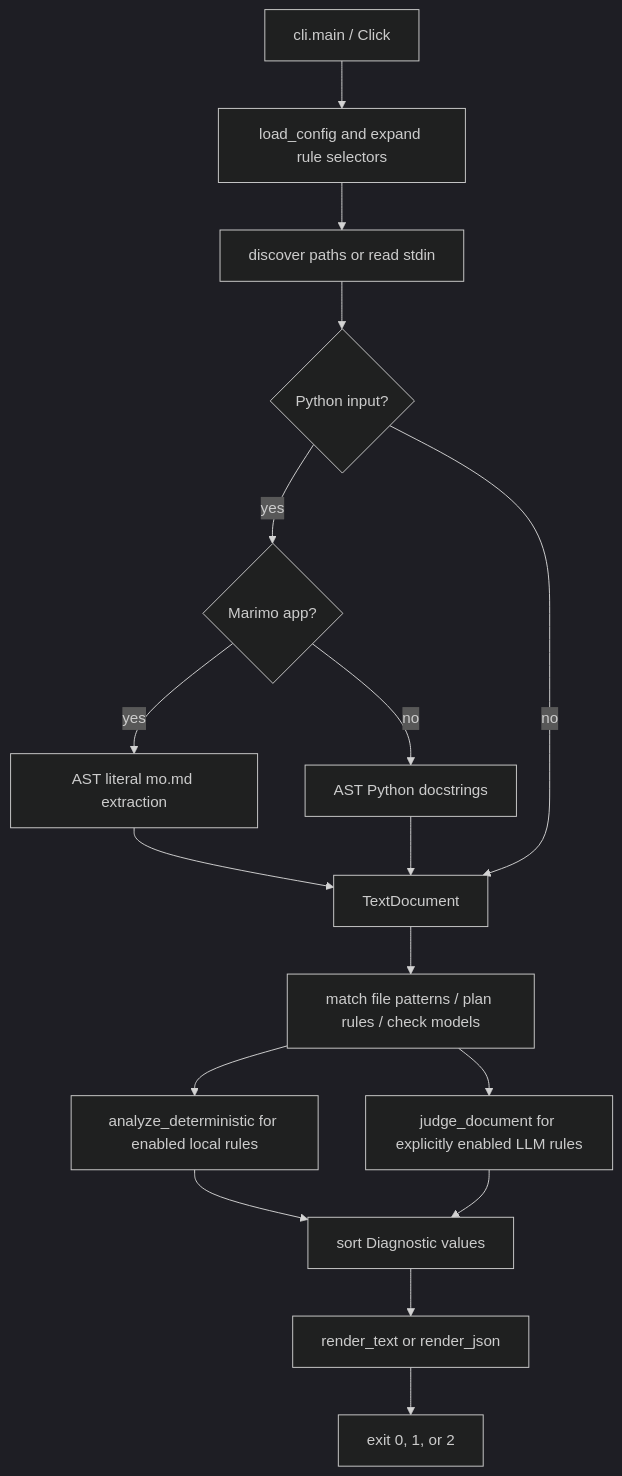
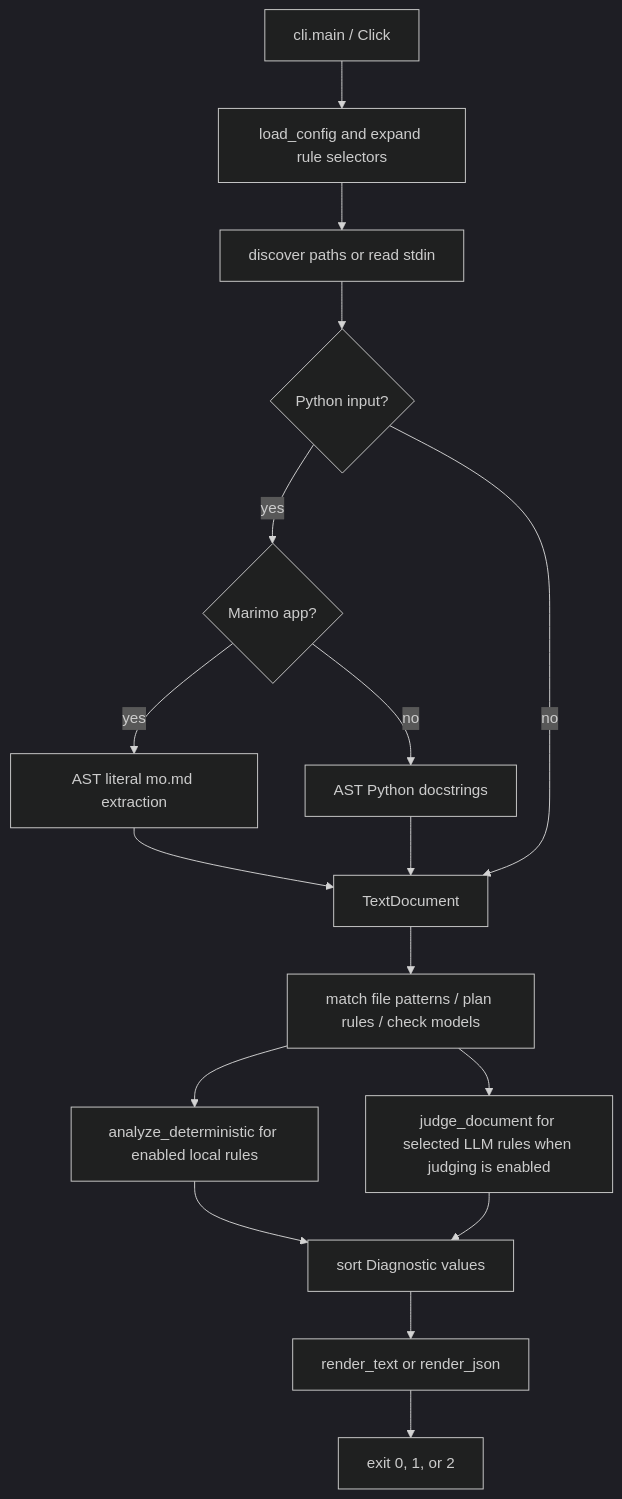
One commit to FausticSun/style-audit changed the diagram in docs/architecture.md. Above: the diagram before and after it, drawn with Mermaid (dark theme). The commit also changed other lines of this file and 14 other files, not shown here.

````diff
--- a/docs/architecture.md
+++ b/docs/architecture.md
@@ -5,19 +5,19 @@
 ```mermaid
 flowchart TD
     A[cli.main / Click] --> B[load_config and expand rule selectors]
     B --> C[discover paths or read stdin]
     C --> P{Python input?}
     P -->|yes| Q{Marimo app?}
     Q -->|yes| M[AST literal mo.md extraction]
     Q -->|no| R[AST Python docstrings]
     M --> D[TextDocument]
     R --> D
     P -->|no| D
     D --> S[match file patterns / plan rules / check models]
     S --> E[analyze_deterministic for enabled local rules]
-    S --> F[judge_document for explicitly enabled LLM rules]
+    S --> F[judge_document for selected LLM rules when judging is enabled]
     E --> G[sort Diagnostic values]
     F --> G
     G --> H[render_text or render_json]
     H --> I[exit 0, 1, or 2]
 ```
````
